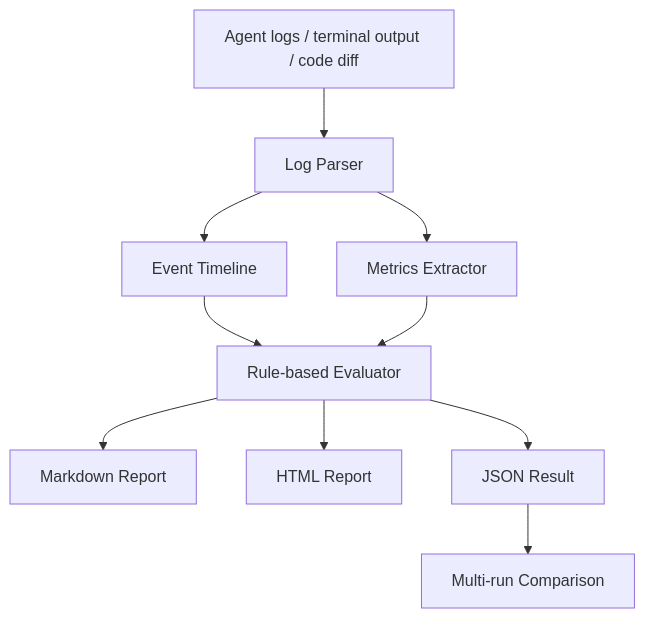
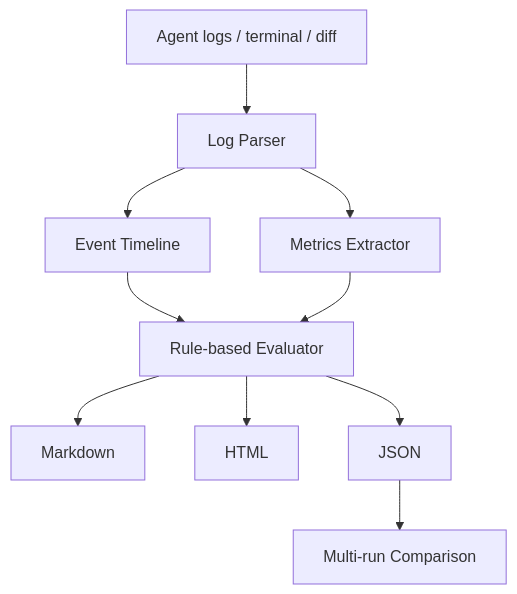
The diagram in README.md (tangyf07/AgentOps-Lite), drawn with Mermaid before and after one commit. The commit also changed other lines of this file, not shown here.

````diff
--- a/README.md
+++ b/README.md
@@ -20,12 +16,12 @@
 ```mermaid
 flowchart TD
-    A[Agent logs / terminal output / code diff] --> B[Log Parser]
+    A[Agent logs / terminal / diff] --> B[Log Parser]
     B --> C[Event Timeline]
     B --> D[Metrics Extractor]
     C --> E[Rule-based Evaluator]
     D --> E
-    E --> F[Markdown Report]
-    E --> G[HTML Report]
-    E --> H[JSON Result]
+    E --> F[Markdown]
+    E --> G[HTML]
+    E --> H[JSON]
     H --> I[Multi-run Comparison]
 ```
````
